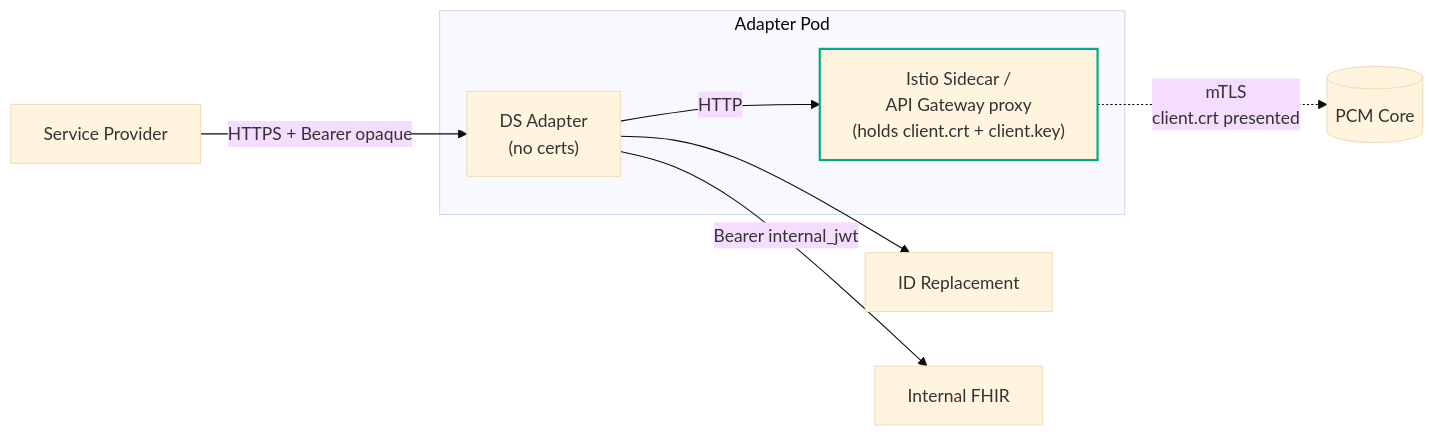
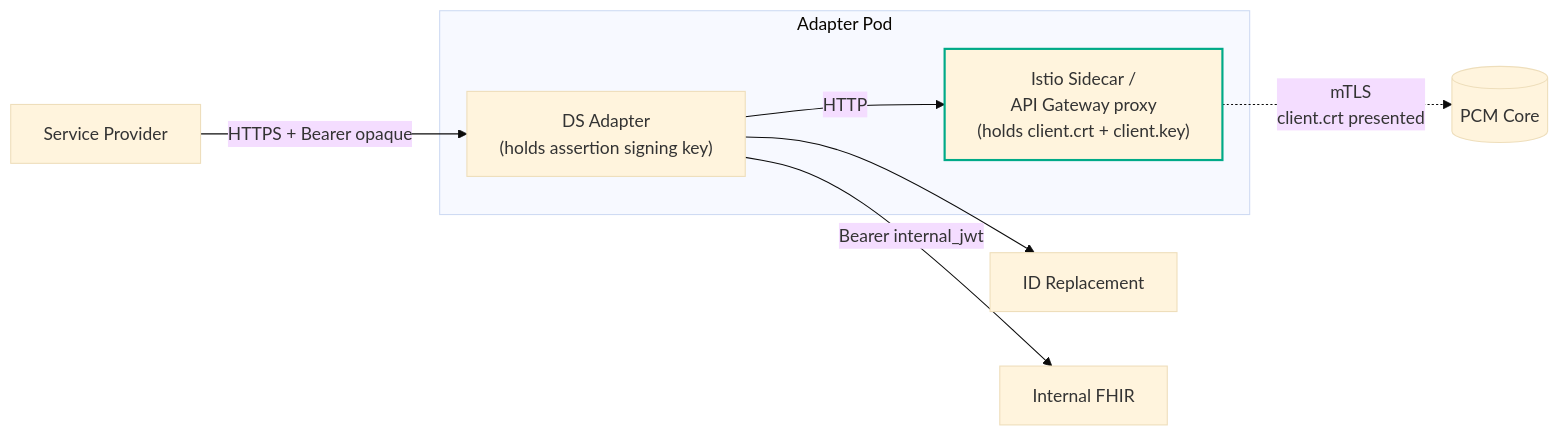
Before and after one commit to 8400TheHealthNetwork/PCM-Connect: the fourth of 5 diagrams in pcm-connect-python/docs/ARCHITECTURE.md, drawn with Mermaid (base theme). The commit also changed other lines of this file and 23 other files, not shown here.

````diff
--- a/pcm-connect-python/docs/ARCHITECTURE.md
+++ b/pcm-connect-python/docs/ARCHITECTURE.md
@@ -132,19 +146,19 @@
 ```mermaid
 flowchart LR
     subgraph Pod["Adapter Pod"]
-        Adapter["DS Adapter<br/>(no certs)"]
+        Adapter["DS Adapter<br/>(holds assertion signing key)"]
         Sidecar["Istio Sidecar /<br/>API Gateway proxy<br/>(holds client.crt + client.key)"]
     end
     SP[Service Provider]
     PCM[(PCM Core)]
     IDR[ID Replacement]
     FHIR[Internal FHIR]
 
     SP -->|HTTPS + Bearer opaque| Adapter
     Adapter -->|HTTP| Sidecar
     Sidecar -.->|mTLS<br/>client.crt presented| PCM
     Adapter --> IDR
     Adapter -->|Bearer internal_jwt| FHIR
     classDef mtls stroke:#0a8,stroke-width:2px;
     class Sidecar mtls
 ```
````
